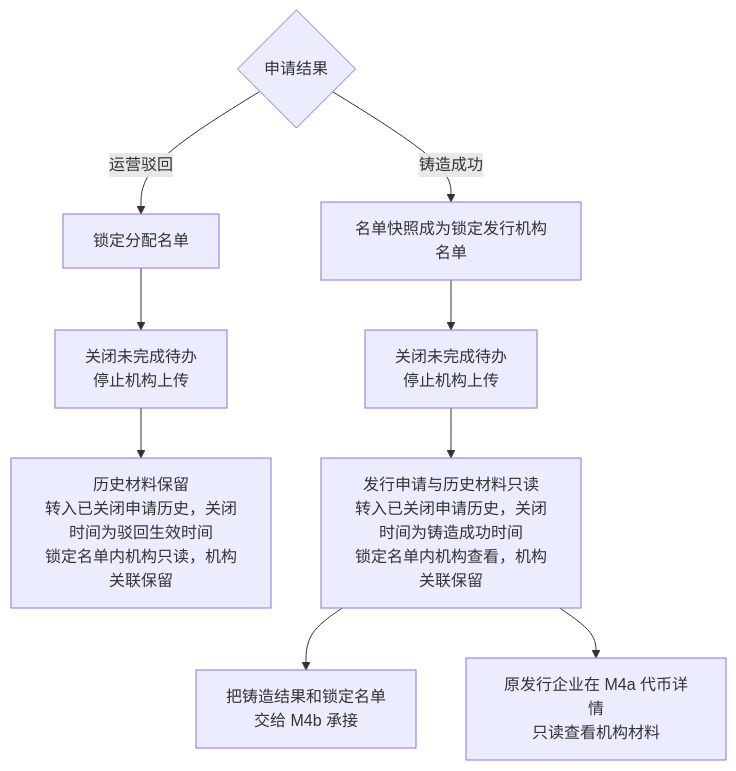
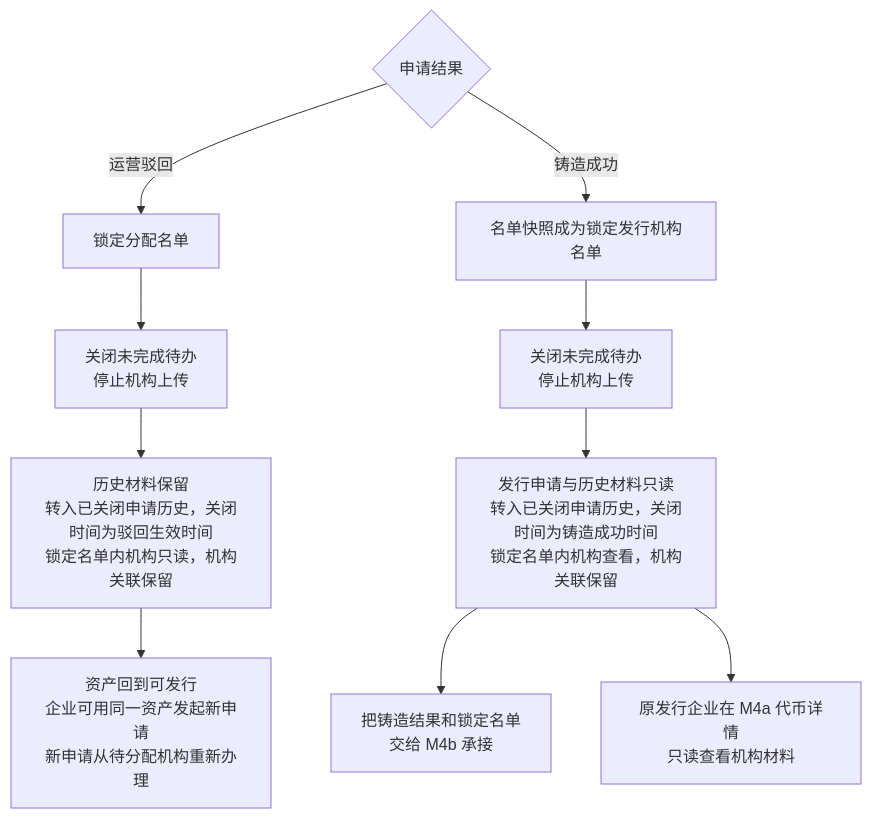
The third of 5 diagrams in token-issuance-platform/PRD/管理端/M3b-代币发行-审核与铸造/02-代币发行-审核与铸造-流程图与状态机.md (wxblockchain/Chain-Financing), drawn with Mermaid before and after one commit. The commit also changed other lines of this file and 9 other files, not shown here.

````diff
--- a/token-issuance-platform/PRD/管理端/M3b-代币发行-审核与铸造/02-代币发行-审核与铸造-流程图与状态机.md
+++ b/token-issuance-platform/PRD/管理端/M3b-代币发行-审核与铸造/02-代币发行-审核与铸造-流程图与状态机.md
@@ -91,11 +91,12 @@
 ```mermaid
 flowchart TD
     A{申请结果} -->|运营驳回| B[锁定分配名单]
     B --> C[关闭未完成待办<br/>停止机构上传]
     C --> D[历史材料保留<br/>转入已关闭申请历史，关闭时间为驳回生效时间<br/>锁定名单内机构只读，机构关联保留]
+    D --> D2[资产回到可发行<br/>企业可用同一资产发起新申请<br/>新申请从待分配机构重新办理]
     A -->|铸造成功| E[名单快照成为锁定发行机构名单]
     E --> F[关闭未完成待办<br/>停止机构上传]
     F --> G[发行申请与历史材料只读<br/>转入已关闭申请历史，关闭时间为铸造成功时间<br/>锁定名单内机构查看，机构关联保留]
     G --> H[把铸造结果和锁定名单<br/>交给 M4b 承接]
     G --> I[原发行企业在 M4a 代币详情<br/>只读查看机构材料]
 ```
````
